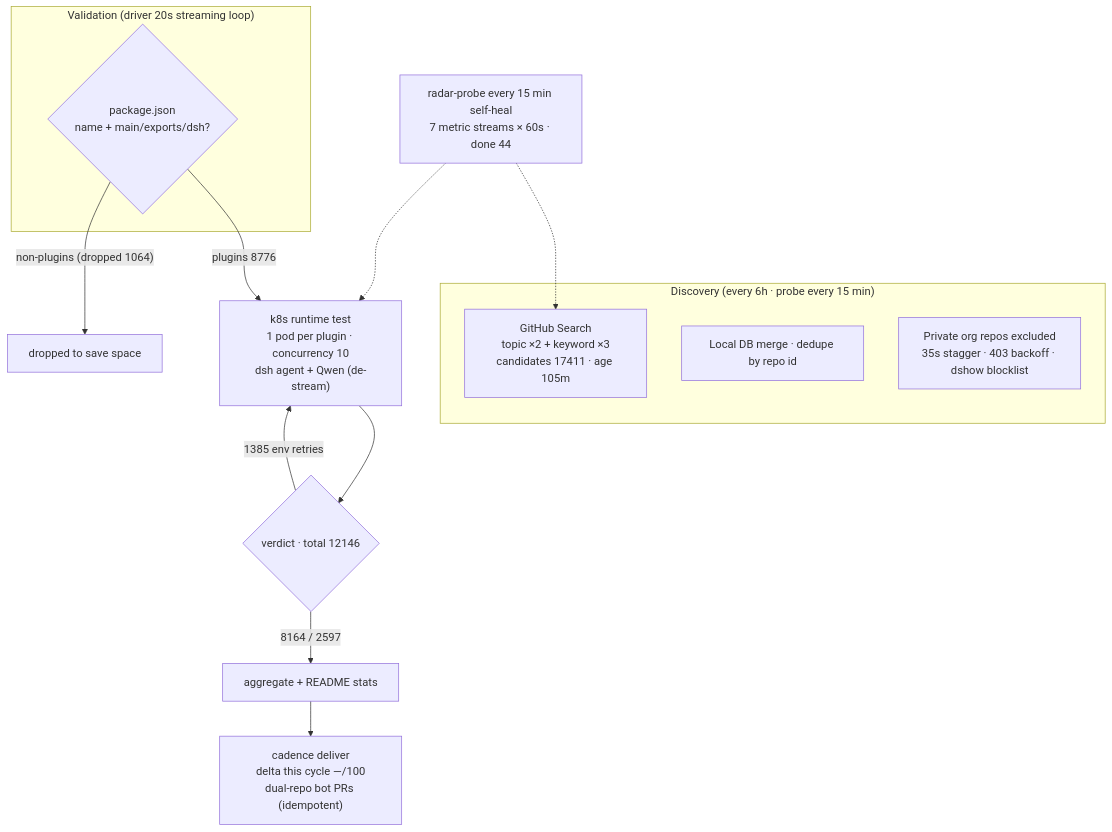
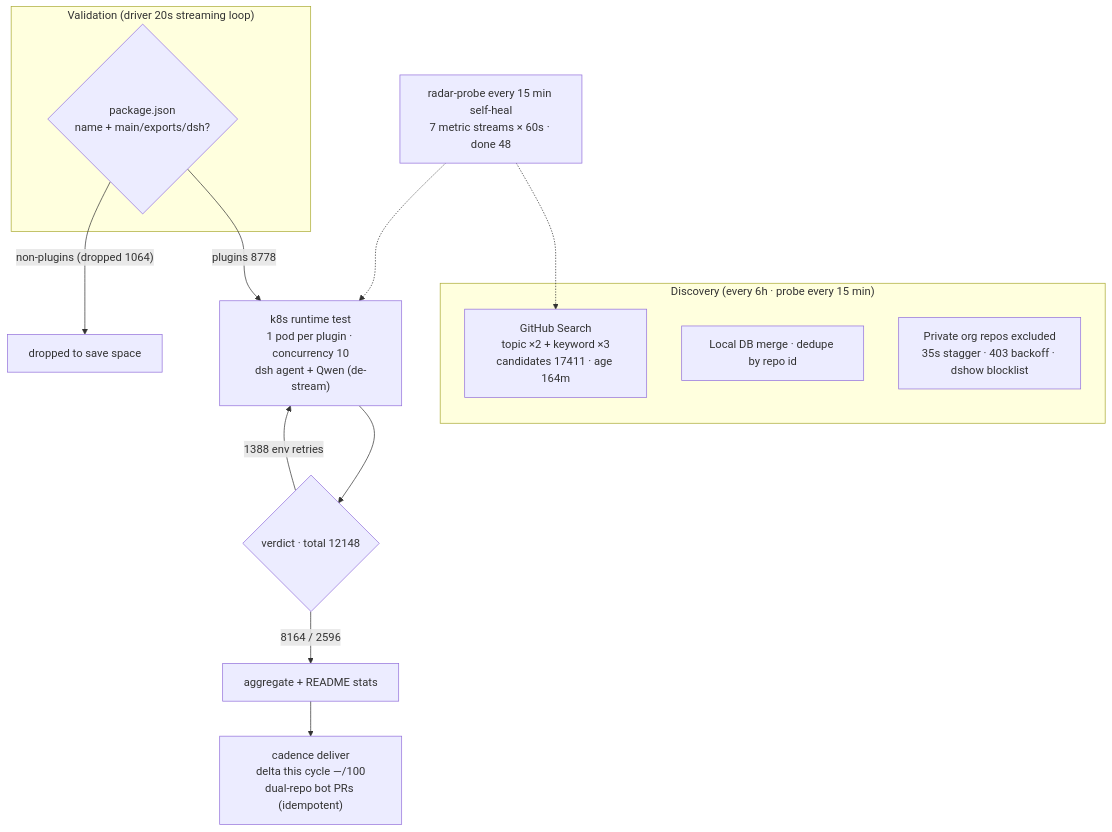
The diagram in README.en-US.md (AdamPlatin123/awesome-dsh-plugins), drawn with Mermaid before and after one commit. The commit also changed other lines of this file and 5 other files, not shown here.

````diff
--- a/README.en-US.md
+++ b/README.en-US.md
@@ -45,20 +45,20 @@
 ```mermaid
 flowchart TB
     subgraph Discovery["Discovery (every 6h · probe every 15 min)"]
-        A1["GitHub Search<br/>topic ×2 + keyword ×3<br/>candidates 17411 · age 105m"]
+        A1["GitHub Search<br/>topic ×2 + keyword ×3<br/>candidates 17411 · age 164m"]
         A2["Local DB merge · dedupe by repo id"]
         A3["Private org repos excluded<br/>35s stagger · 403 backoff · dshow blocklist"]
     end
     subgraph Validation["Validation (driver 20s streaming loop)"]
         B1{"package.json<br/>name + main/exports/dsh?"}
     end
-    B1 -->|"plugins 8776"| C1["k8s runtime test<br/>1 pod per plugin · concurrency 10<br/>dsh agent + Qwen (de-stream)"]
+    B1 -->|"plugins 8778"| C1["k8s runtime test<br/>1 pod per plugin · concurrency 10<br/>dsh agent + Qwen (de-stream)"]
     B1 -->|"non-plugins (dropped 1064)"| B3["dropped to save space"]
-    C1 --> D1{"verdict · total 12146"}
-    D1 -->|"8164 / 2597"| E1["aggregate + README stats"]
-    D1 -->|"1385 env retries"| C1
+    C1 --> D1{"verdict · total 12148"}
+    D1 -->|"8164 / 2596"| E1["aggregate + README stats"]
+    D1 -->|"1388 env retries"| C1
     E1 --> E2["cadence deliver<br/>delta this cycle —/100<br/>dual-repo bot PRs (idempotent)"]
-    M["radar-probe every 15 min self-heal<br/>7 metric streams × 60s · done 44"]
+    M["radar-probe every 15 min self-heal<br/>7 metric streams × 60s · done 48"]
     M -.-> A1
     M -.-> C1
 ```
````
